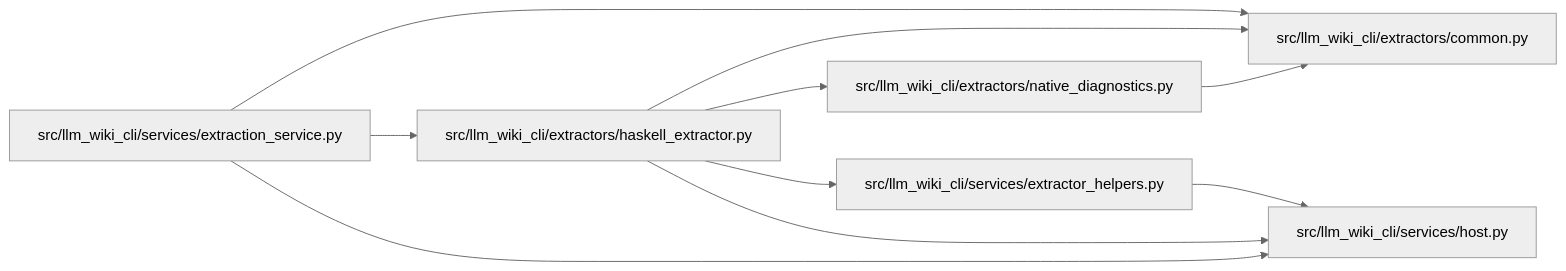
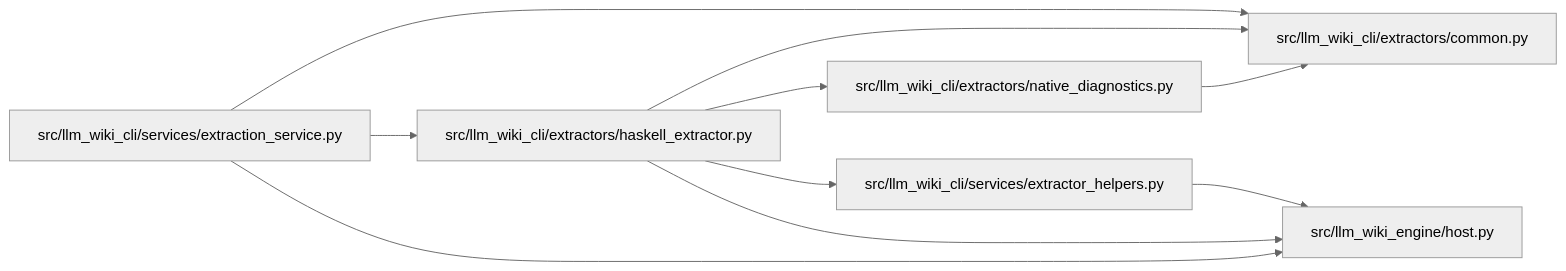
Before and after one commit to Denissvgn/python-wiki-llm: the diagram in docs/llm_wiki/modules/haskell_extractor.md, drawn with Mermaid (neutral theme). The commit also changed other lines of this file and 1103 other files, not shown here.

First line of the commit message:
docs: refresh the wiki for the llm-wiki-engine distribution

````diff
--- a/docs/llm_wiki/modules/haskell_extractor.md
+++ b/docs/llm_wiki/modules/haskell_extractor.md
@@ -29,24 +29,24 @@
 ```mermaid
 flowchart LR
     n0["src/llm_wiki_cli/extractors/common.py"]
     n1["src/llm_wiki_cli/extractors/haskell_extractor.py"]
     n2["src/llm_wiki_cli/extractors/native_diagnostics.py"]
     n3["src/llm_wiki_cli/services/extraction_service.py"]
     n4["src/llm_wiki_cli/services/extractor_helpers.py"]
-    n5["src/llm_wiki_cli/services/host.py"]
+    n5["src/llm_wiki_engine/host.py"]
     n1 --> n0
     n1 --> n2
     n1 --> n4
     n1 --> n5
     n2 --> n0
     n3 --> n0
     n3 --> n1
     n3 --> n5
     n4 --> n5
     click n0 "../modules/common.md"
     click n1 "../modules/haskell_extractor.md"
     click n2 "../modules/native_diagnostics.md"
     click n3 "../modules/extraction_service.md"
     click n4 "../modules/extractor_helpers.md"
     click n5 "../modules/host.md"
 ```
````
